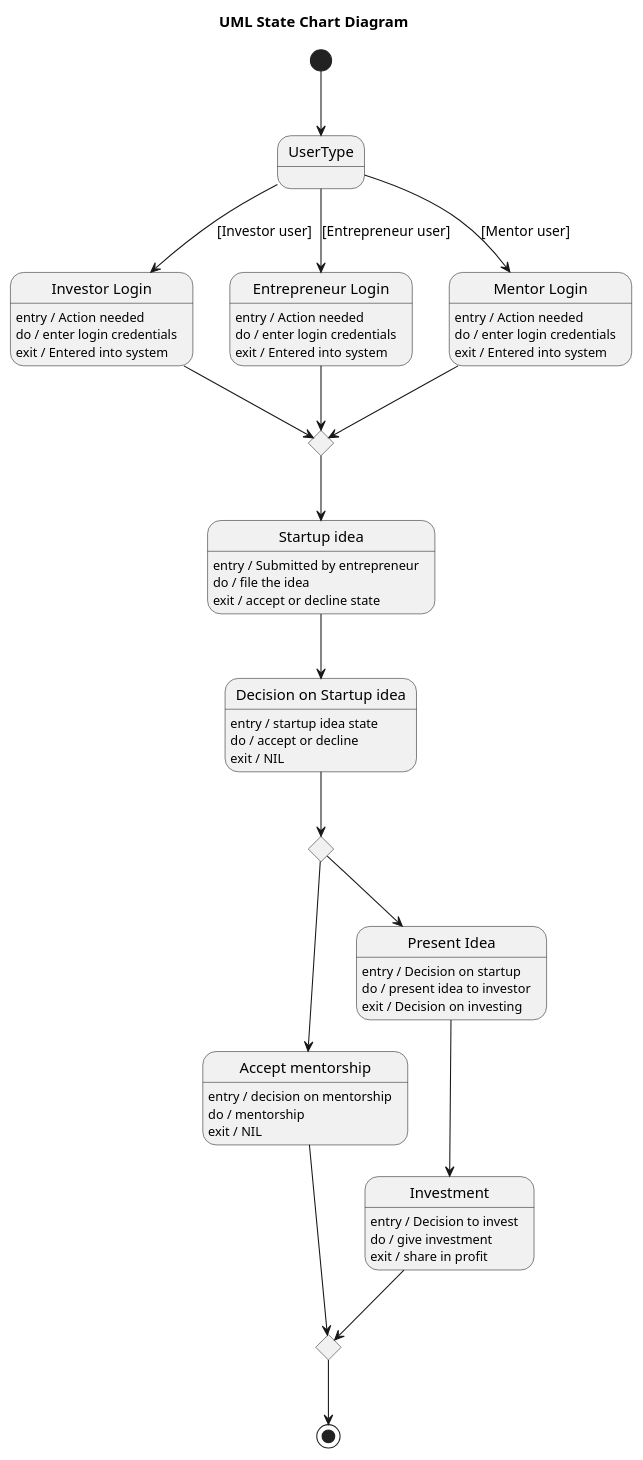
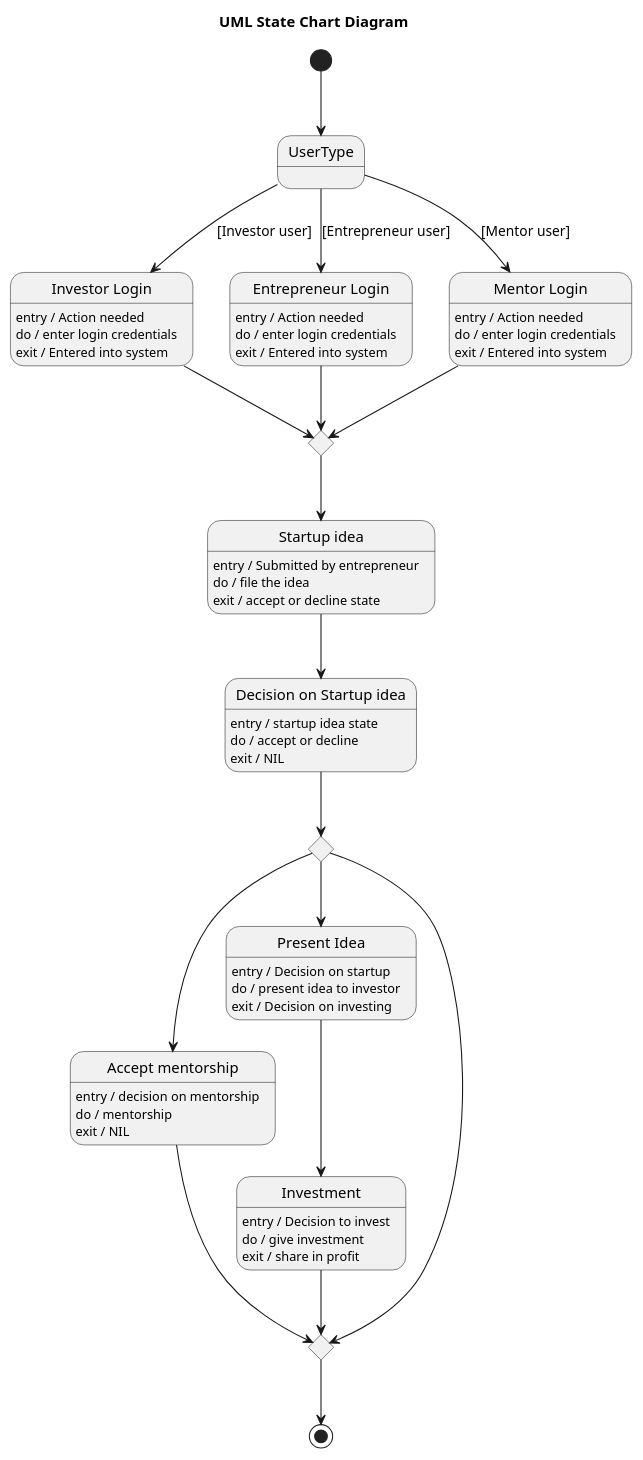
One commit to maimunafaria/State_transition_Diagram_generated_by_LLM changed the diagram in dataset/case_38_startup_meet/diagram.puml. Above: the diagram before and after it, drawn with PlantUML. The commit also changed 32 other files, not shown here.

Commit message:
plantuml diagram validated

```diff
--- a/dataset/case_38_startup_meet/diagram.puml
+++ b/dataset/case_38_startup_meet/diagram.puml
@@ -1,76 +1,76 @@
 @startuml
 title UML State Chart Diagram
 
 [*] --> UserType
 
 state UserType <<choice>>
 
 UserType --> InvestorLogin : [Investor user]
 UserType --> EntrepreneurLogin : [Entrepreneur user]
 UserType --> MentorLogin : [Mentor user]
 
 state "Investor Login" as InvestorLogin
 InvestorLogin : entry / Action needed
 InvestorLogin : do / enter login credentials
 InvestorLogin : exit / Entered into system
 
 state "Entrepreneur Login" as EntrepreneurLogin
 EntrepreneurLogin : entry / Action needed
 EntrepreneurLogin : do / enter login credentials
 EntrepreneurLogin : exit / Entered into system
 
 state "Mentor Login" as MentorLogin
 MentorLogin : entry / Action needed
 MentorLogin : do / enter login credentials
 MentorLogin : exit / Entered into system
 
 state MergeLogin <<choice>>
 
 InvestorLogin --> MergeLogin
 EntrepreneurLogin --> MergeLogin
 MentorLogin --> MergeLogin
 
 state "Startup idea" as StartupIdea
 StartupIdea : entry / Submitted by entrepreneur
 StartupIdea : do / file the idea
 StartupIdea : exit / accept or decline state
 
 MergeLogin --> StartupIdea
 
 state "Decision on Startup idea" as DecisionIdea
 DecisionIdea : entry / startup idea state
 DecisionIdea : do / accept or decline
 DecisionIdea : exit / NIL
 
 StartupIdea --> DecisionIdea
 
 state ChoiceDecision <<choice>>
 DecisionIdea --> ChoiceDecision
 
 state "Accept mentorship" as AcceptMentorship
 AcceptMentorship : entry / decision on mentorship
 AcceptMentorship : do / mentorship
 AcceptMentorship : exit / NIL
 
 state "Present Idea" as PresentIdea
 PresentIdea : entry / Decision on startup
 PresentIdea : do / present idea to investor
 PresentIdea : exit / Decision on investing
 
 state "Investment" as Investment
 Investment : entry / Decision to invest
 Investment : do / give investment
 Investment : exit / share in profit
 
 ChoiceDecision --> AcceptMentorship
 ChoiceDecision --> PresentIdea
 
 state MergeEnd <<choice>>
 
 AcceptMentorship --> MergeEnd
 PresentIdea --> Investment
 Investment --> MergeEnd
-
+ChoiceDecision --> MergeEnd
 MergeEnd --> [*]
 
 @enduml
```
